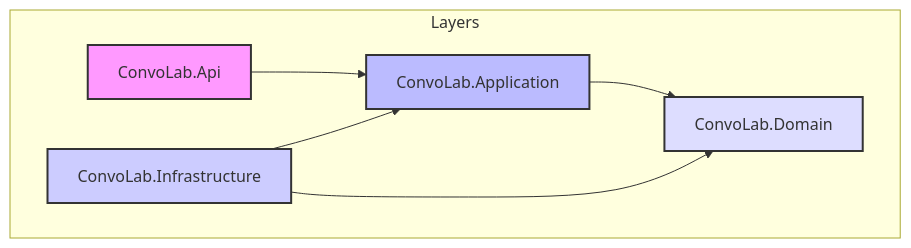
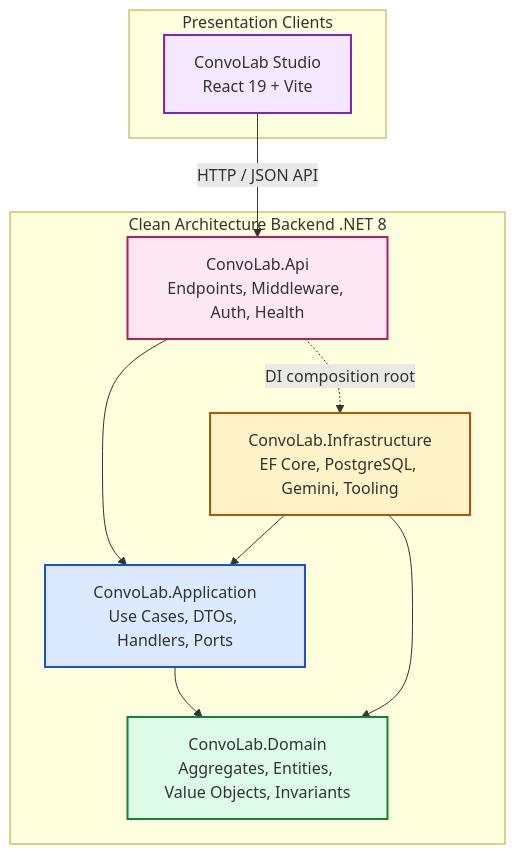
The diagram in docs/diagrams/dependency_graph.mmd (kevinkutoane/convolab), drawn with Mermaid before and after one commit. The commit also changed 10 other files, not shown here.

Commit message:
docs: add comprehensive architecture documentation, capabilities, and system diagrams

```diff
--- a/docs/diagrams/dependency_graph.mmd
+++ b/docs/diagrams/dependency_graph.mmd
@@ -1,17 +1,24 @@
 graph TD
-    subgraph Layers
-        API[ConvoLab.Api]
-        Application[ConvoLab.Application]
-        Infrastructure[ConvoLab.Infrastructure]
-        Domain[ConvoLab.Domain]
+    subgraph ClientLayers[Presentation Clients]
+        Web[ConvoLab Studio<br/>React 19 + Vite]
     end
 
+    subgraph BackendLayers[Clean Architecture Backend .NET 8]
+        API[ConvoLab.Api<br/>Endpoints, Middleware, Auth, Health]
+        Application[ConvoLab.Application<br/>Use Cases, DTOs, Handlers, Ports]
+        Domain[ConvoLab.Domain<br/>Aggregates, Entities, Value Objects, Invariants]
+        Infrastructure[ConvoLab.Infrastructure<br/>EF Core, PostgreSQL, Gemini, Tooling]
+    end
+
+    Web -->|HTTP / JSON API| API
     API --> Application
+    API -. DI composition root .-> Infrastructure
     Application --> Domain
     Infrastructure --> Application
     Infrastructure --> Domain
 
-    style API fill:#f9f,stroke:#333,stroke-width:2px
-    style Application fill:#bbf,stroke:#333,stroke-width:2px
-    style Infrastructure fill:#ccf,stroke:#333,stroke-width:2px
-    style Domain fill:#ddf,stroke:#333,stroke-width:2px
+    style Web fill:#f3e8ff,stroke:#7e22ce,stroke-width:2px
+    style API fill:#fce7f3,stroke:#be185d,stroke-width:2px
+    style Application fill:#dbeafe,stroke:#1d4ed8,stroke-width:2px
+    style Domain fill:#dcfce7,stroke:#15803d,stroke-width:2px
+    style Infrastructure fill:#fef3c7,stroke:#b45309,stroke-width:2px
```
